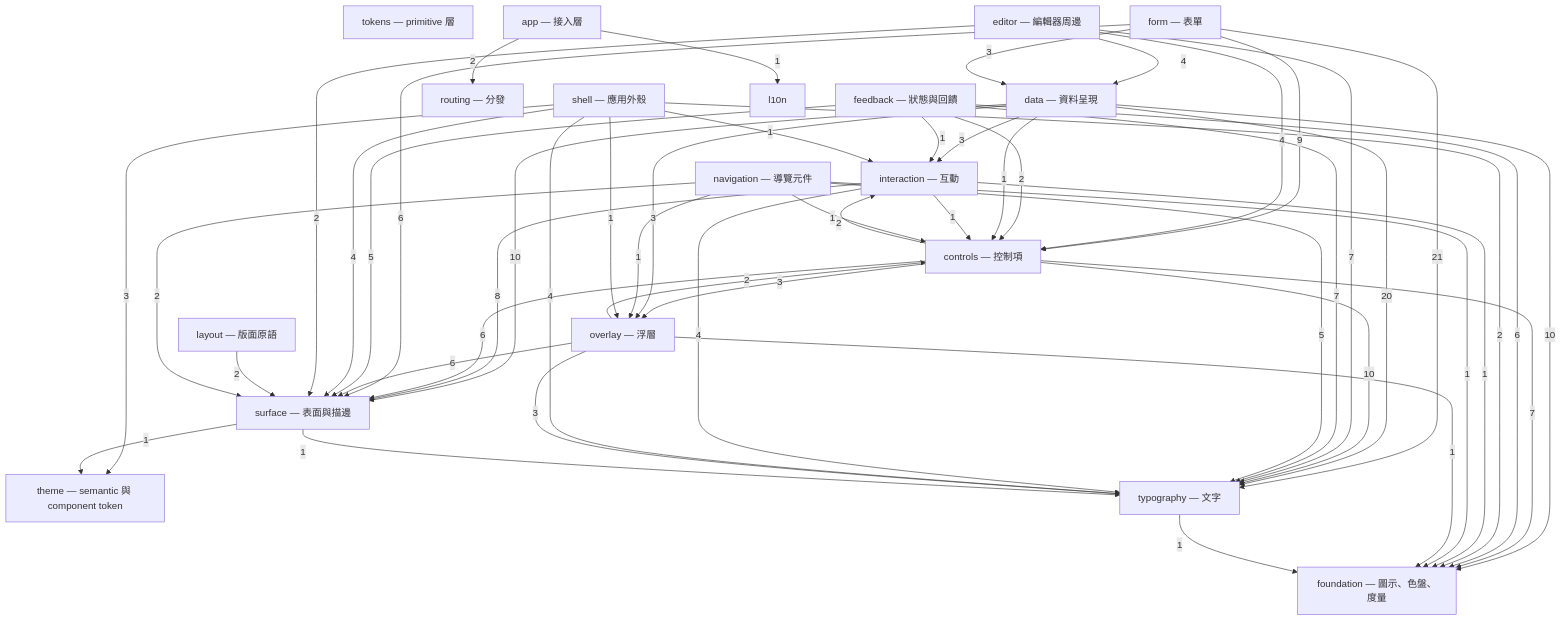
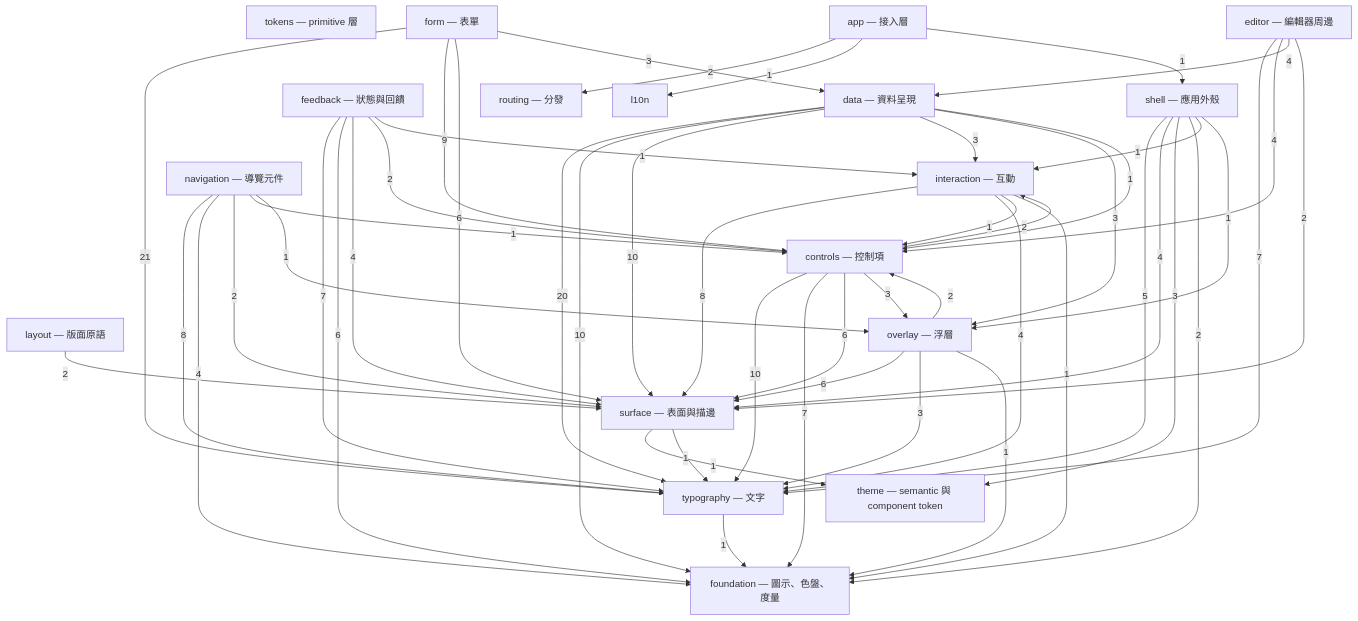
One commit to MiuDog/Kallopis changed the first of 16 diagrams in spec/component-inventory.md. Above: the diagram before and after it, drawn with Mermaid. The commit also changed other lines of this file and 195 other files, not shown here.

````diff
--- a/spec/component-inventory.md
+++ b/spec/component-inventory.md
@@ -18,69 +18,70 @@
 ```mermaid
 graph TD
   tokens["tokens — primitive 層"]
   theme["theme — semantic 與 component token"]
   foundation["foundation — 圖示、色盤、度量"]
   typography["typography — 文字"]
   surface["surface — 表面與描邊"]
   interaction["interaction — 互動"]
   layout["layout — 版面原語"]
   overlay["overlay — 浮層"]
   controls["controls — 控制項"]
   data["data — 資料呈現"]
   form["form — 表單"]
   feedback["feedback — 狀態與回饋"]
   navigation["navigation — 導覽元件"]
   editor["editor — 編輯器周邊"]
   routing["routing — 分發"]
   shell["shell — 應用外殼"]
   app["app — 接入層"]
   form -->|21| typography
   data -->|20| typography
   controls -->|10| typography
   data -->|10| foundation
   data -->|10| surface
   form -->|9| controls
   interaction -->|8| surface
+  navigation -->|8| typography
   controls -->|7| foundation
   editor -->|7| typography
   feedback -->|7| typography
   controls -->|6| surface
   feedback -->|6| foundation
   form -->|6| surface
   overlay -->|6| surface
-  feedback -->|5| surface
-  navigation -->|5| typography
+  shell -->|5| typography
   editor -->|4| controls
   editor -->|4| data
+  feedback -->|4| surface
   interaction -->|4| typography
+  navigation -->|4| foundation
   shell -->|4| surface
-  shell -->|4| typography
   controls -->|3| overlay
   data -->|3| interaction
   data -->|3| overlay
   form -->|3| data
   overlay -->|3| typography
   shell -->|3| theme
   app -->|2| routing
   controls -->|2| interaction
   editor -->|2| surface
   feedback -->|2| controls
   layout -->|2| surface
   navigation -->|2| surface
   overlay -->|2| controls
   shell -->|2| foundation
   app -->|1| l10n
+  app -->|1| shell
   data -->|1| controls
   feedback -->|1| interaction
   interaction -->|1| controls
   interaction -->|1| foundation
   navigation -->|1| controls
-  navigation -->|1| foundation
   navigation -->|1| overlay
   overlay -->|1| foundation
   shell -->|1| interaction
   shell -->|1| overlay
   surface -->|1| theme
   surface -->|1| typography
   typography -->|1| foundation
 ```
````
